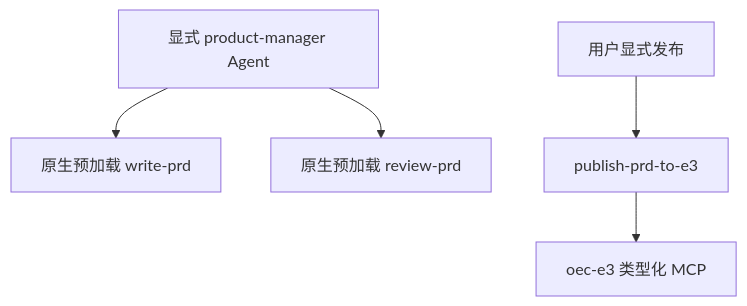
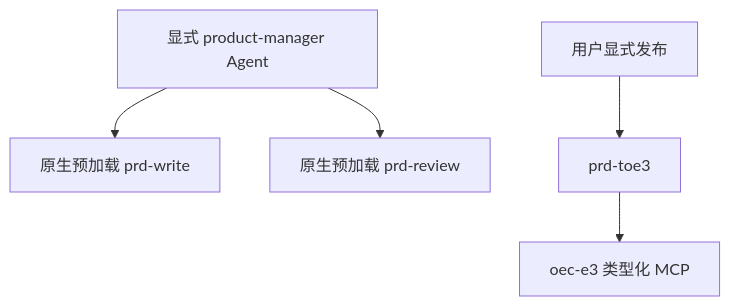
One commit to quanxinwang18-a11y/plainOEC-infra changed the third of 3 diagrams in docs/reviews/pm-implementation-review.md. Above: the diagram before and after it, drawn with Mermaid. The commit also changed other lines of this file and 284 other files, not shown here.

````diff
--- a/docs/reviews/pm-implementation-review.md
+++ b/docs/reviews/pm-implementation-review.md
@@ -92,7 +92,7 @@
 ```mermaid
 flowchart TD
-    A["显式 product-manager Agent"] --> W["原生预加载 write-prd"]
-    A --> R["原生预加载 review-prd"]
-    U["用户显式发布"] --> P["publish-prd-to-e3"]
+    A["显式 product-manager Agent"] --> W["原生预加载 prd-write"]
+    A --> R["原生预加载 prd-review"]
+    U["用户显式发布"] --> P["prd-toe3"]
     P --> M["oec-e3 类型化 MCP"]
 ```
````
